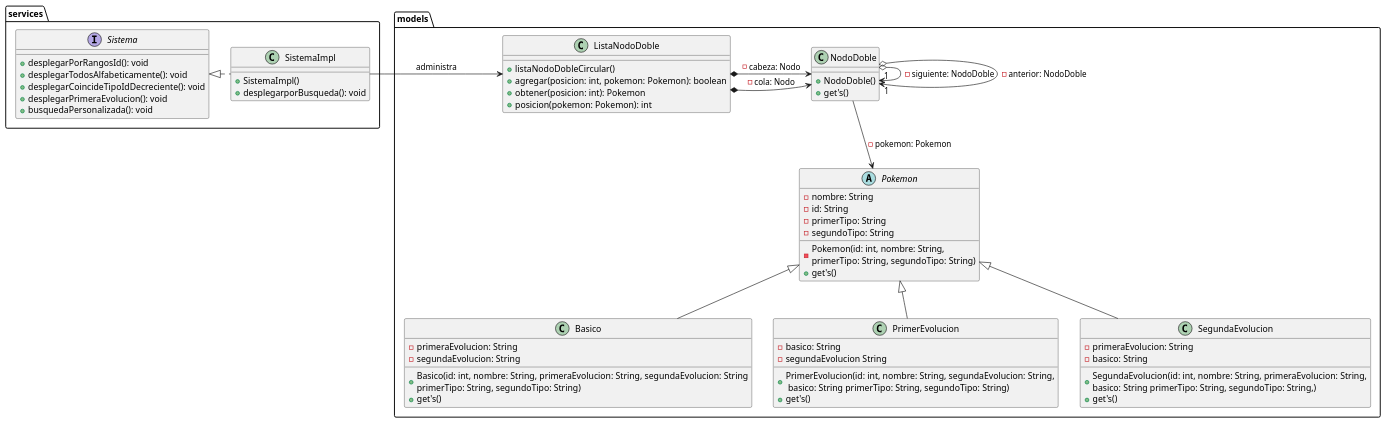
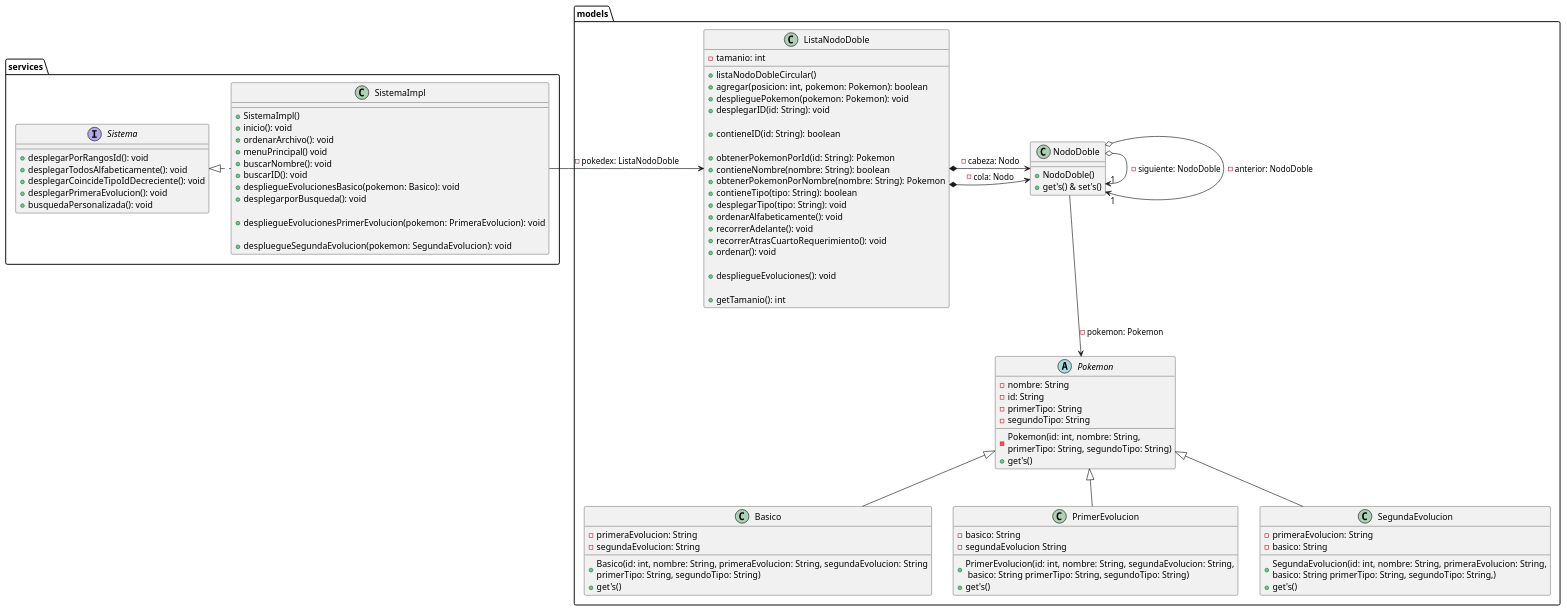
One commit to AlbertoLyons/Taller-4 changed the diagram in Clases.puml. Above: the diagram before and after it, drawn with PlantUML. The commit also changed 8 other files, not shown here.

Commit message:
Arreglo diagrama, javaDOC, documentacion y fix general del codigo

```diff
--- a/Clases.puml
+++ b/Clases.puml
@@ -1,67 +1,95 @@
 @startuml
 package models {
     abstract class Pokemon {
      - nombre: String
      - id: String
      - primerTipo: String
      - segundoTipo: String
      - Pokemon(id: int, nombre: String, \nprimerTipo: String, segundoTipo: String)
      + get's()
     }
     class Basico {
      - primeraEvolucion: String
      - segundaEvolucion: String
      + Basico(id: int, nombre: String, primeraEvolucion: String, segundaEvolucion: String\nprimerTipo: String, segundoTipo: String)
      + get's()
     }
     class PrimerEvolucion {
      - basico: String
      - segundaEvolucion String
      + PrimerEvolucion(id: int, nombre: String, segundaEvolucion: String,\n basico: String primerTipo: String, segundoTipo: String)
      + get's()
     }
     class SegundaEvolucion {
      - primeraEvolucion: String
      - basico: String
      + SegundaEvolucion(id: int, nombre: String, primeraEvolucion: String,\nbasico: String primerTipo: String, segundoTipo: String,)
      + get's()
     }
     class NodoDoble {
      + NodoDoble()
-     + get's()
+     + get's() & set's()
     }
     class ListaNodoDoble {
+     - tamanio: int
      + listaNodoDobleCircular()
      + agregar(posicion: int, pokemon: Pokemon): boolean
-     + obtener(posicion: int): Pokemon
-     + posicion(pokemon: Pokemon): int
+     + desplieguePokemon(pokemon: Pokemon): void
+     + desplegarID(id: String): void
+
+     + contieneID(id: String): boolean
+
+     + obtenerPokemonPorId(id: String): Pokemon
+     + contieneNombre(nombre: String): boolean
+     + obtenerPokemonPorNombre(nombre: String): Pokemon
+     + contieneTipo(tipo: String): boolean
+     + desplegarTipo(tipo: String): void
+     + ordenarAlfabeticamente(): void
+     + recorrerAdelante(): void
+     + recorrerAtrasCuartoRequerimiento(): void
+     + ordenar(): void
+
+     + despliegueEvoluciones(): void
+
+     + getTamanio(): int
     }
 }
 package services {
     interface Sistema {
      + desplegarPorRangosId(): void
      + desplegarTodosAlfabeticamente(): void
      + desplegarCoincideTipoIdDecreciente(): void
      + desplegarPrimeraEvolucion(): void
      + busquedaPersonalizada(): void
     }
     class SistemaImpl {
      + SistemaImpl()
+     + inicio(): void
+     + ordenarArchivo(): void
+     + menuPrincipal() void
+     + buscarNombre(): void
+     + buscarID(): void
+     + despliegueEvolucionesBasico(pokemon: Basico): void
      + desplegarporBusqueda(): void
+
+     + despliegueEvolucionesPrimerEvolucion(pokemon: PrimeraEvolucion): void
+
+     + despluegueSegundaEvolucion(pokemon: SegundaEvolucion): void
+
     }
 }
 
 SistemaImpl .left|> Sistema
-SistemaImpl -right> ListaNodoDoble: administra
+SistemaImpl -right> ListaNodoDoble: - pokedex: ListaNodoDoble
 ListaNodoDoble *-right-> NodoDoble : - cabeza: Nodo
 ListaNodoDoble *-right-> NodoDoble : - cola: Nodo
 NodoDoble o-> "1"NodoDoble : - siguiente: NodoDoble
 NodoDoble o-> "1"NodoDoble : - anterior: NodoDoble
 Basico -up-|> Pokemon
 PrimerEvolucion -up-|> Pokemon
 SegundaEvolucion -up-|> Pokemon
 
 
 NodoDoble -down-> Pokemon : - pokemon: Pokemon
 
 @enduml
```
